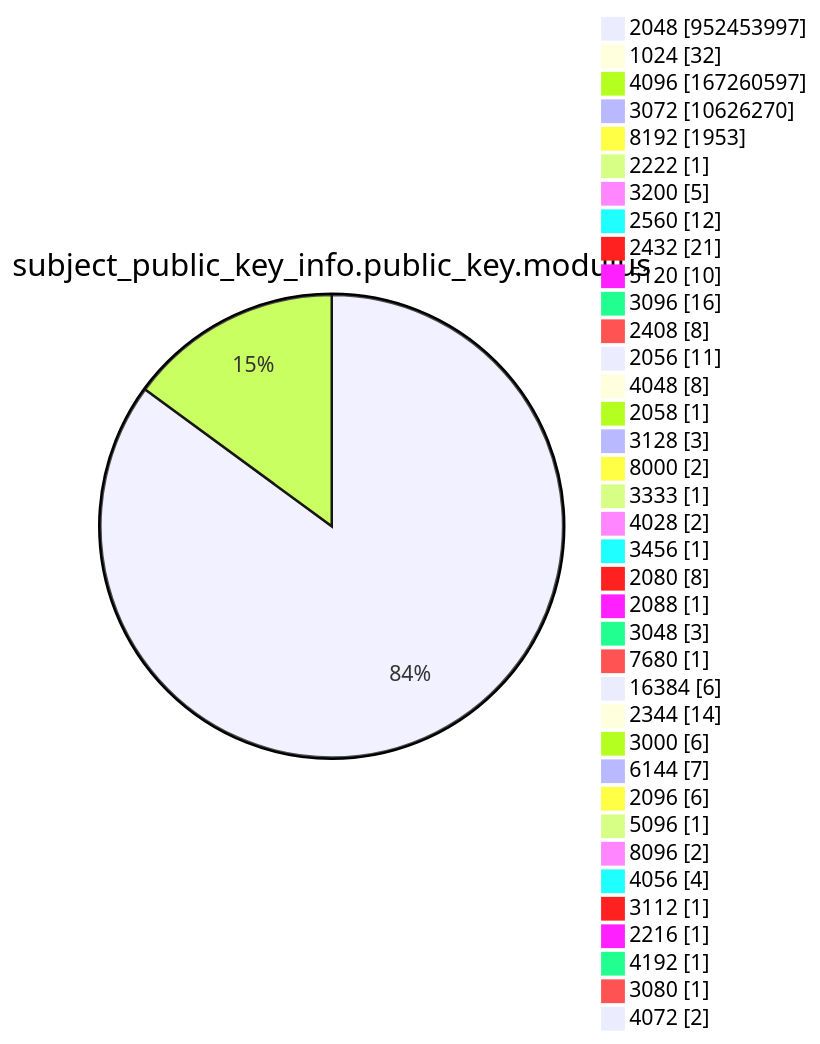
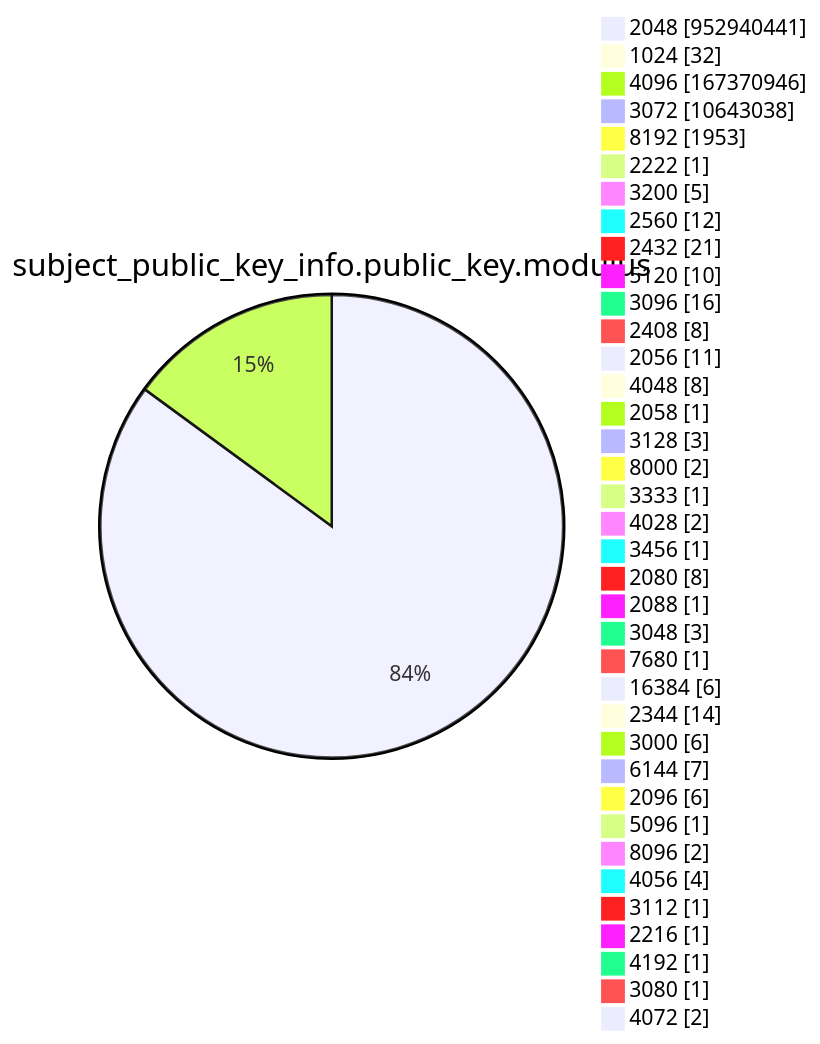
One commit to christiankrug/ctmonitor_visualization changed diagram 13 of 15 in argon2022/README.md. Above: the diagram before and after it, drawn with Mermaid. The commit also changed other lines of this file, not shown here.

````diff
--- a/argon2022/README.md
+++ b/argon2022/README.md
@@ -3585,41 +3585,41 @@
 ```mermaid
 pie showData
 title subject_public_key_info.public_key.modulus
-"2048" :952453997
+"2048" :952940441
 "1024" :32
-"4096" :167260597
-"3072" :10626270
+"4096" :167370946
+"3072" :10643038
 "8192" :1953
 "2222" :1
 "3200" :5
 "2560" :12
 "2432" :21
 "5120" :10
 "3096" :16
 "2408" :8
 "2056" :11
 "4048" :8
 "2058" :1
 "3128" :3
 "8000" :2
 "3333" :1
 "4028" :2
 "3456" :1
 "2080" :8
 "2088" :1
 "3048" :3
 "7680" :1
 "16384" :6
 "2344" :14
 "3000" :6
 "6144" :7
 "2096" :6
 "5096" :1
 "8096" :2
 "4056" :4
 "3112" :1
 "2216" :1
 "4192" :1
 "3080" :1
 "4072" :2
 ```
````
